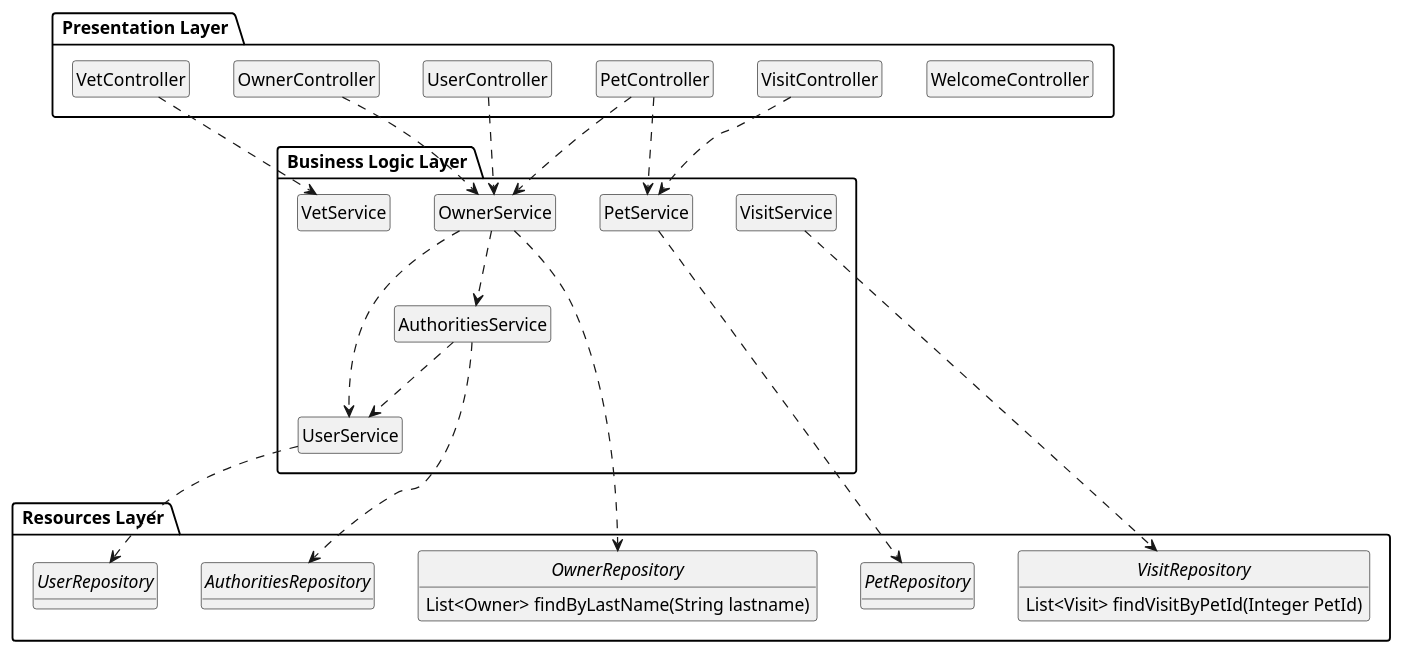
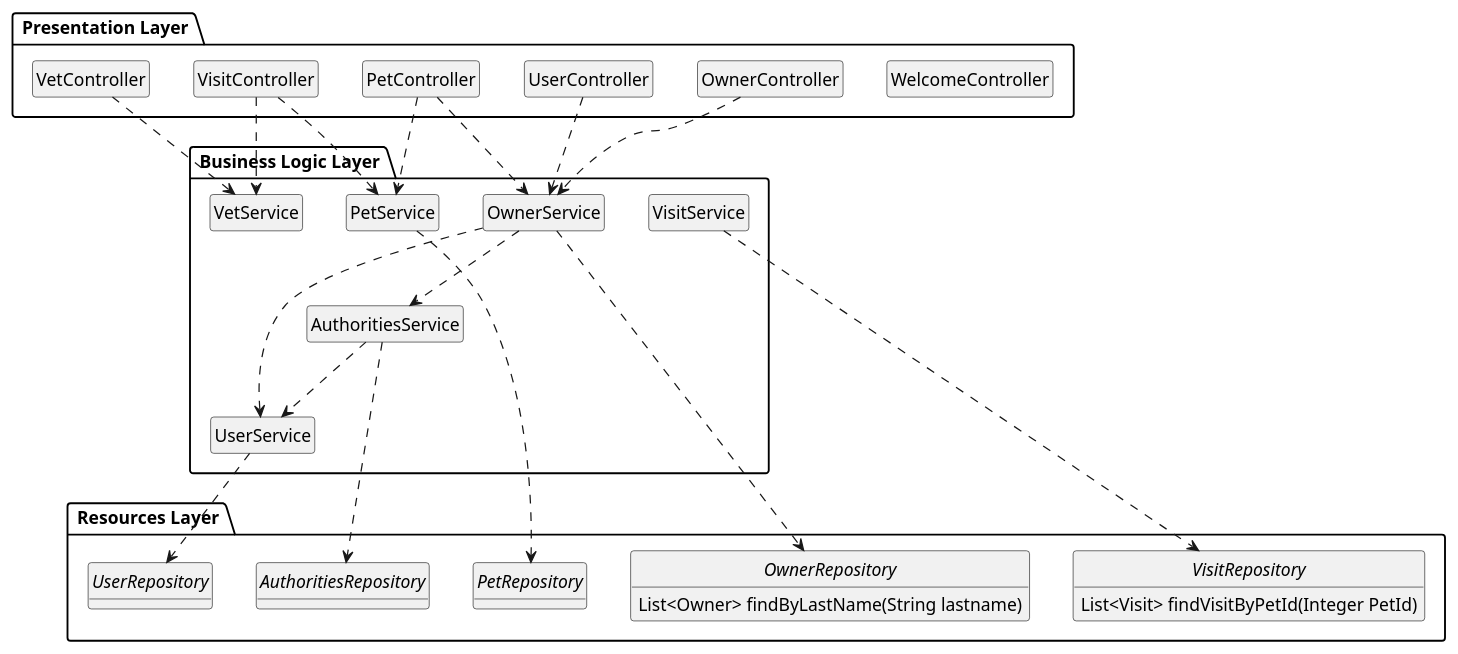
One commit to gii-is-DP1/react-petclinic changed the diagram in docs/diagrams/LayersUMLPackageDiagram.iuml. Above: the diagram before and after it, drawn with PlantUML.

```diff
--- a/docs/diagrams/LayersUMLPackageDiagram.iuml
+++ b/docs/diagrams/LayersUMLPackageDiagram.iuml
@@ -1,56 +1,57 @@
 @startuml
 
 hide circle
 
 
 package " Presentation Layer " as Presentation {
     hide members
     class WelcomeController
     class UserController
     class OwnerController
     class PetController
     class VisitController
     class VetController
 }
 
 package " Business Logic Layer " as BusinessLogic {
     hide members
     class AuthoritiesService
     class UserService
     class OwnerService
     class PetService
     class VisitService
     class VetService
 }
 
 package " Resources Layer " as Resources {
     hide attributes
     interface AuthoritiesRepository 
     interface UserRepository 
     interface PetRepository
     interface VisitRepository {
         List<Visit> findVisitByPetId(Integer PetId)
     }
     interface OwnerRepository {
         List<Owner> findByLastName(String lastname)
     }
 }
 
 UserController  ..> OwnerService
 OwnerController ..> OwnerService
 PetController ..> OwnerService
 PetController ..> PetService
 VisitController ..> PetService
+VisitController ..> VetService
 VetController ..> VetService
 
 AuthoritiesService ..> UserService
 OwnerService ..> UserService
 OwnerService ..> AuthoritiesService
 
 OwnerService ..> OwnerRepository
 UserService ..> UserRepository
 AuthoritiesService ..> AuthoritiesRepository
 PetService ..> PetRepository
 VisitService ..> VisitRepository
 
 @enduml
```
